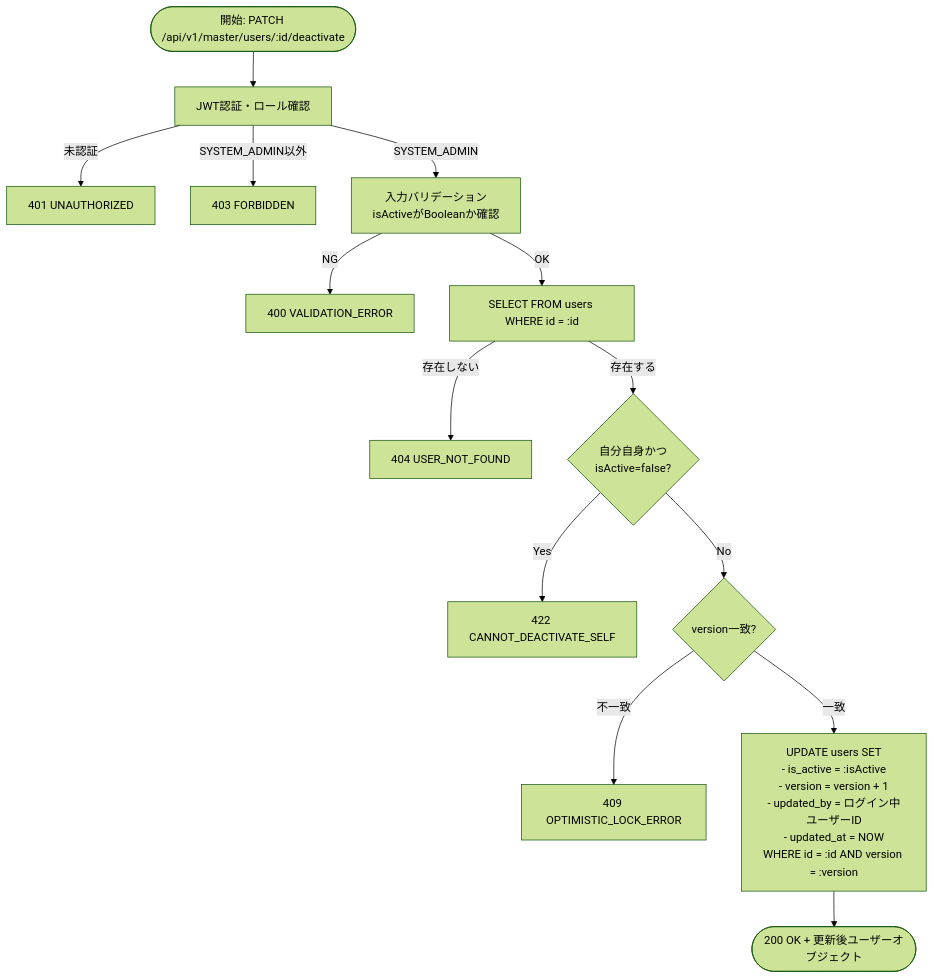
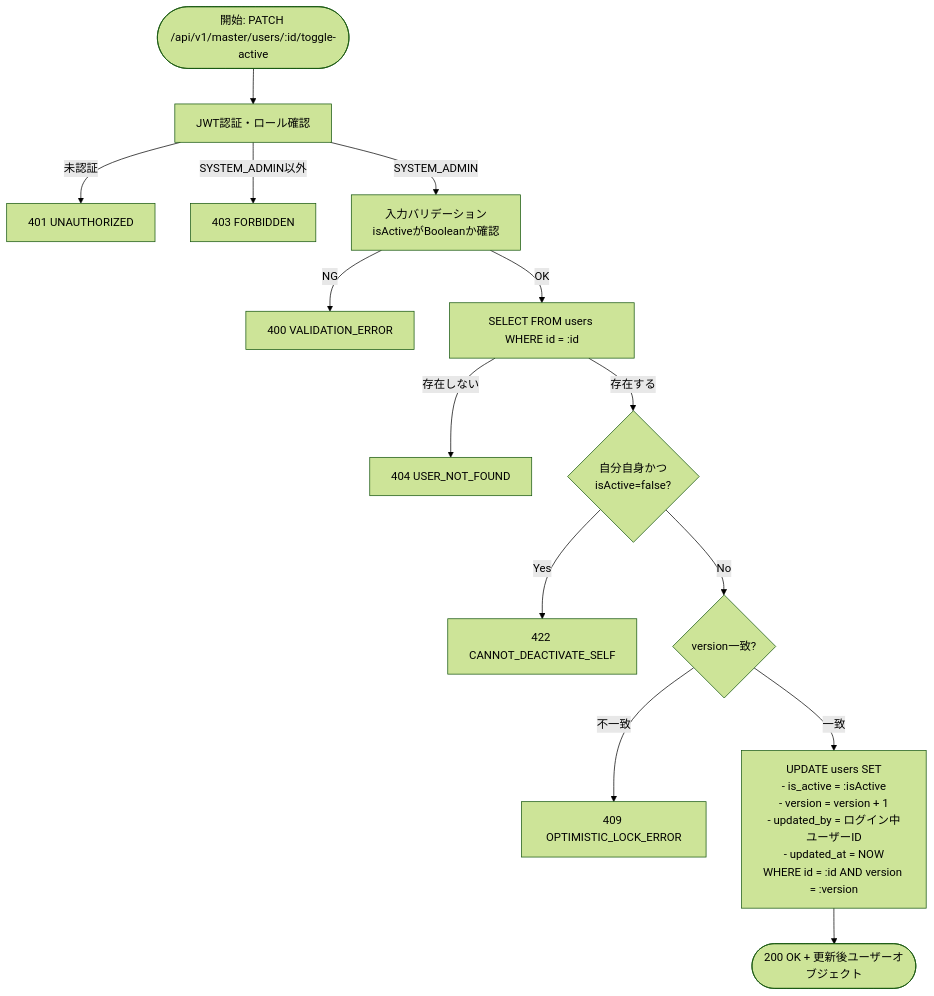
One commit to hidefumiagata/wms changed the fifth of 7 diagrams in docs/functional-design/API-05-master-user.md. Above: the diagram before and after it, drawn with Mermaid (forest theme). The commit also changed other lines of this file and 18 other files, not shown here.

First line of the commit message:
docs: 設計書の /deactivate パス参照を /toggle-active に更新 (#119)

````diff
--- a/docs/functional-design/API-05-master-user.md
+++ b/docs/functional-design/API-05-master-user.md
@@ -629,21 +629,21 @@
 ```mermaid
 flowchart TD
-    START([開始: PATCH /api/v1/master/users/:id/deactivate]) --> AUTH[JWT認証・ロール確認]
+    START([開始: PATCH /api/v1/master/users/:id/toggle-active]) --> AUTH[JWT認証・ロール確認]
     AUTH -->|未認証| ERR_401[401 UNAUTHORIZED]
     AUTH -->|SYSTEM_ADMIN以外| ERR_403[403 FORBIDDEN]
     AUTH -->|SYSTEM_ADMIN| VALIDATE[入力バリデーション\nisActiveがBooleanか確認]
 
     VALIDATE -->|NG| ERR_400[400 VALIDATION_ERROR]
     VALIDATE -->|OK| FETCH[SELECT FROM users WHERE id = :id]
 
     FETCH -->|存在しない| ERR_404[404 USER_NOT_FOUND]
     FETCH -->|存在する| CHK_SELF{自分自身かつ\nisActive=false?}
 
     CHK_SELF -->|Yes| ERR_422[422 CANNOT_DEACTIVATE_SELF]
     CHK_SELF -->|No| CHK_VERSION{version一致?}
 
     CHK_VERSION -->|不一致| ERR_409[409 OPTIMISTIC_LOCK_ERROR]
     CHK_VERSION -->|一致| UPDATE["UPDATE users SET<br/>- is_active = :isActive<br/>- version = version + 1<br/>- updated_by = ログイン中ユーザーID<br/>- updated_at = NOW<br/>WHERE id = :id AND version = :version"]
 
     UPDATE --> END([200 OK + 更新後ユーザーオブジェクト])
 ```
````
